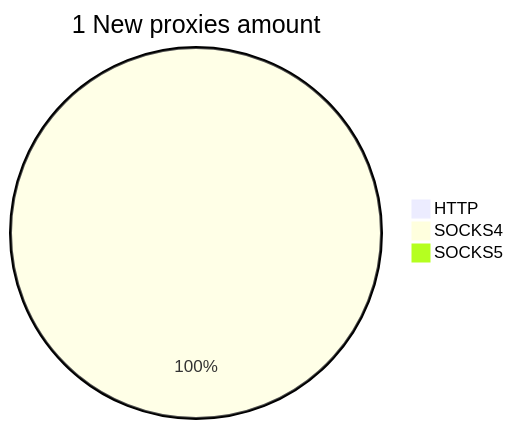
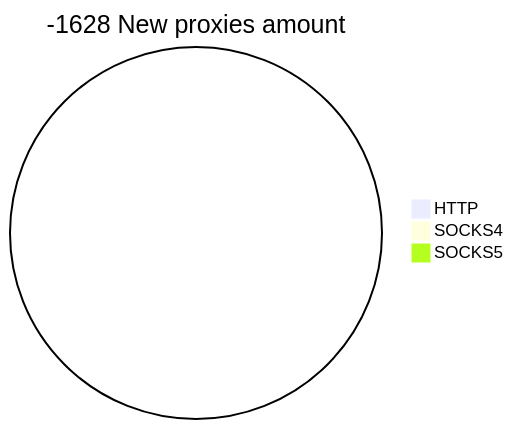
Before and after one commit to cutipu/proxylist: the second of 2 diagrams in README.md, drawn with Mermaid. The commit also changed other lines of this file, not shown here.

````diff
--- a/README.md
+++ b/README.md
@@ -10,6 +10,6 @@
 ```mermaid
-pie title 1 New proxies amount
+pie title -1628 New proxies amount
     "HTTP" : 0
-    "SOCKS4" : 2
+    "SOCKS4" : 0
     "SOCKS5" : 0
 ```
````
